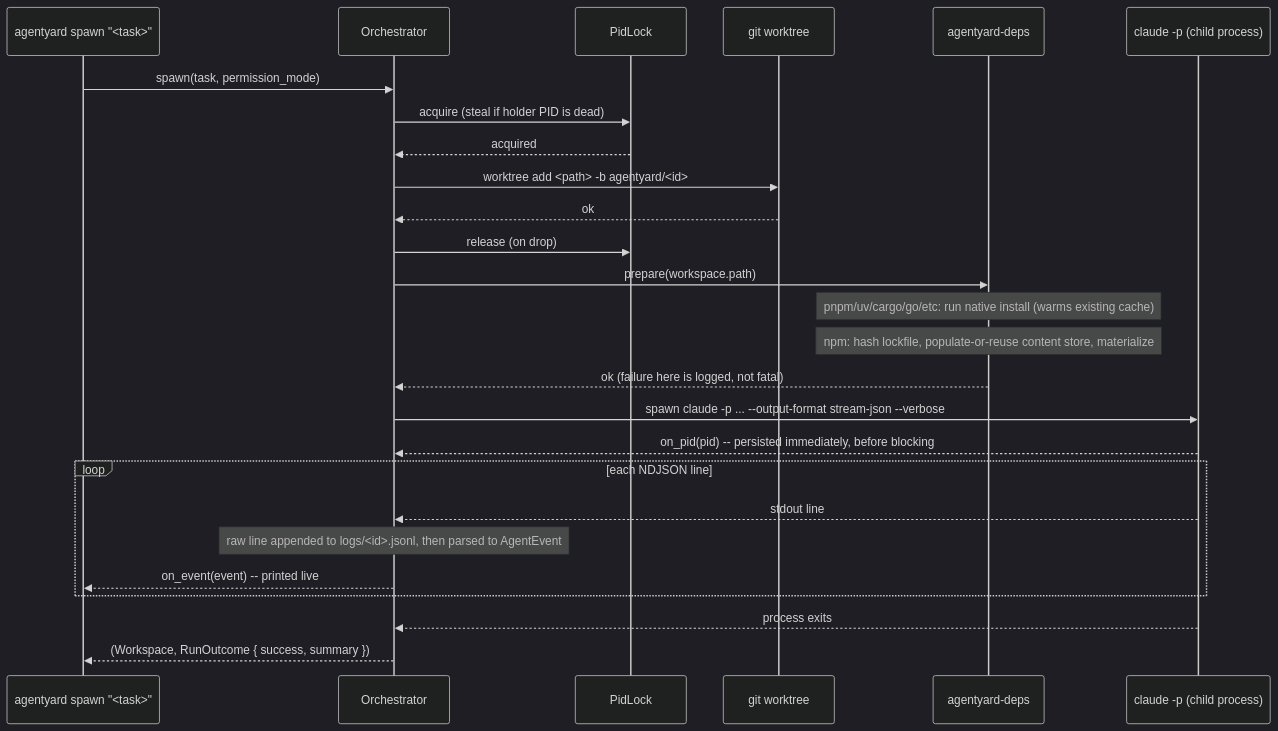
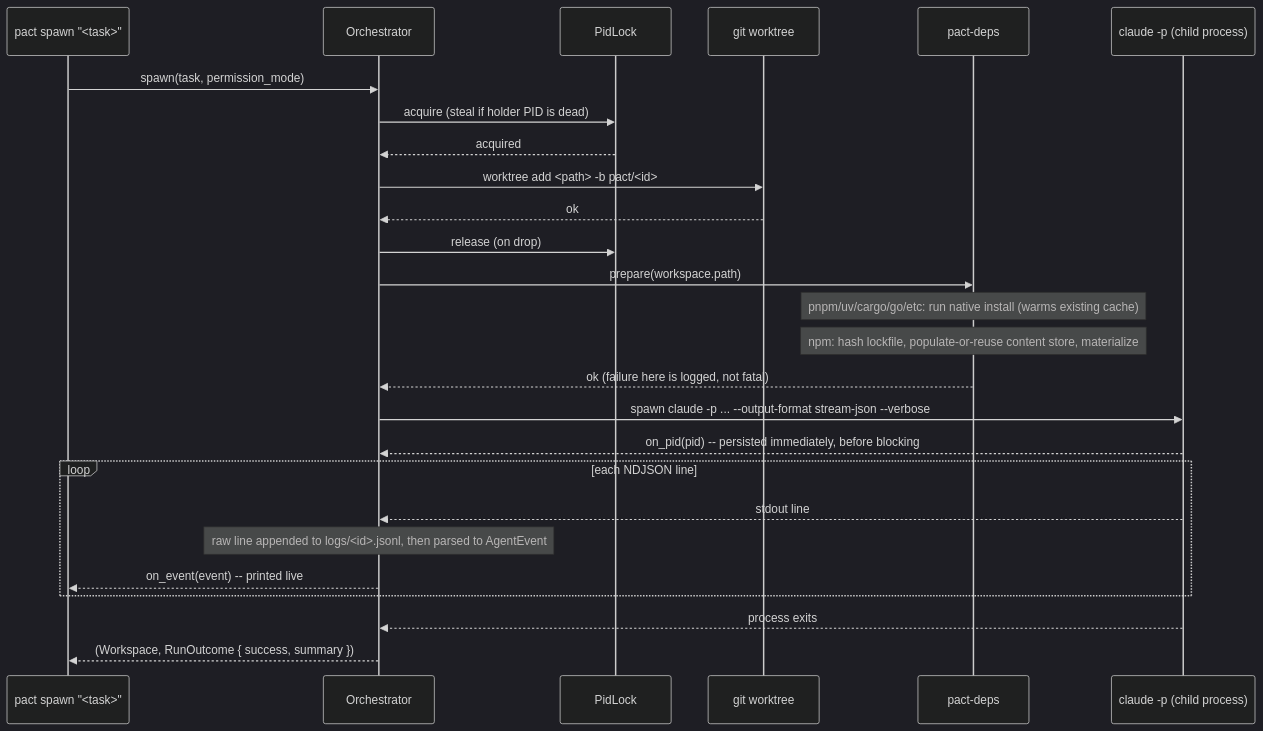
One commit to zekariasasaminew/pact changed the second of 3 diagrams in README.md. Above: the diagram before and after it, drawn with Mermaid (dark theme). The commit also changed other lines of this file, not shown here.

Commit message:
Rename README references from agentyard to pact

````diff
--- a/README.md
+++ b/README.md
@@ -248,29 +248,29 @@
 ```mermaid
 sequenceDiagram
-    participant U as agentyard spawn "<task>"
+    participant U as pact spawn "<task>"
     participant Core as Orchestrator
     participant Lock as PidLock
     participant Git as git worktree
-    participant Deps as agentyard-deps
+    participant Deps as pact-deps
     participant Agent as claude -p (child process)
 
     U->>Core: spawn(task, permission_mode)
     Core->>Lock: acquire (steal if holder PID is dead)
     Lock-->>Core: acquired
-    Core->>Git: worktree add <path> -b agentyard/<id>
+    Core->>Git: worktree add <path> -b pact/<id>
     Git-->>Core: ok
     Core->>Lock: release (on drop)
     Core->>Deps: prepare(workspace.path)
     Note over Deps: pnpm/uv/cargo/go/etc: run native install (warms existing cache)
     Note over Deps: npm: hash lockfile, populate-or-reuse content store, materialize
     Deps-->>Core: ok (failure here is logged, not fatal)
     Core->>Agent: spawn claude -p ... --output-format stream-json --verbose
     Agent-->>Core: on_pid(pid) -- persisted immediately, before blocking
     loop each NDJSON line
         Agent-->>Core: stdout line
         Note over Core: raw line appended to logs/<id>.jsonl, then parsed to AgentEvent
         Core-->>U: on_event(event) -- printed live
     end
     Agent-->>Core: process exits
     Core-->>U: (Workspace, RunOutcome { success, summary })
 ```
````
